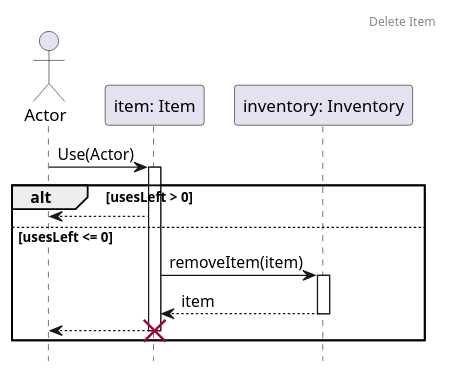
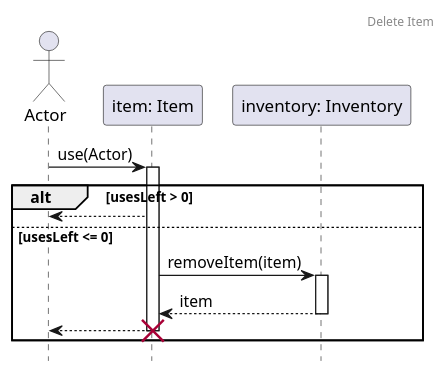
The diagram in docs/sequence/items/DeleteItem.puml (Kristof-me/Logarlec), drawn with PlantUML before and after one commit. The commit also changed 8 other files, not shown here.

Commit message:
Checked Sequence 13-24

```diff
--- a/docs/sequence/items/DeleteItem.puml
+++ b/docs/sequence/items/DeleteItem.puml
@@ -1,19 +1,19 @@
 @startuml DeleteItem
 header Delete Item
 hide footbox
 
 actor Actor
 participant Item as "item: Item"
 participant Inventory as "inventory: Inventory"
 
-Actor -> Item: Use(Actor)
+Actor -> Item: use(Actor)
 activate Item
 alt usesLeft > 0
     Item --> Actor
 else usesLeft <= 0
     Item -> Inventory++: removeItem(item)
     return item
     Actor <-- Item
     destroy Item
 end
 @enduml
```
